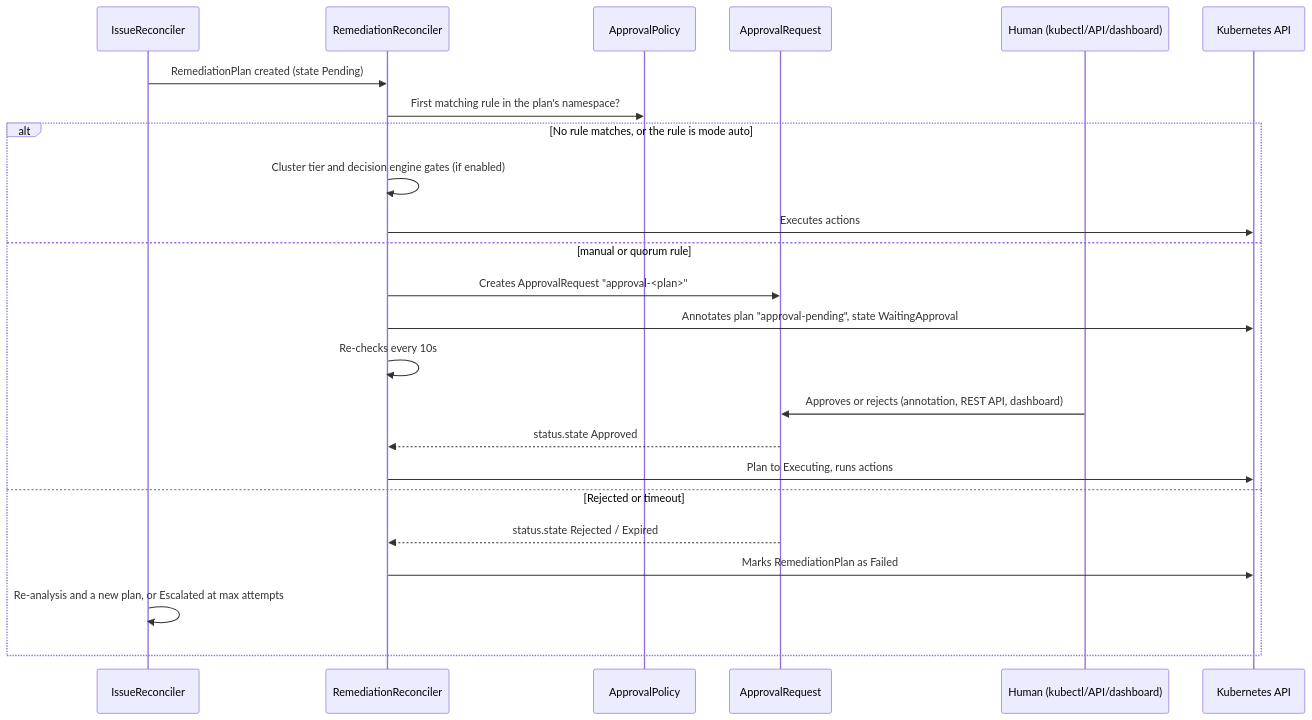
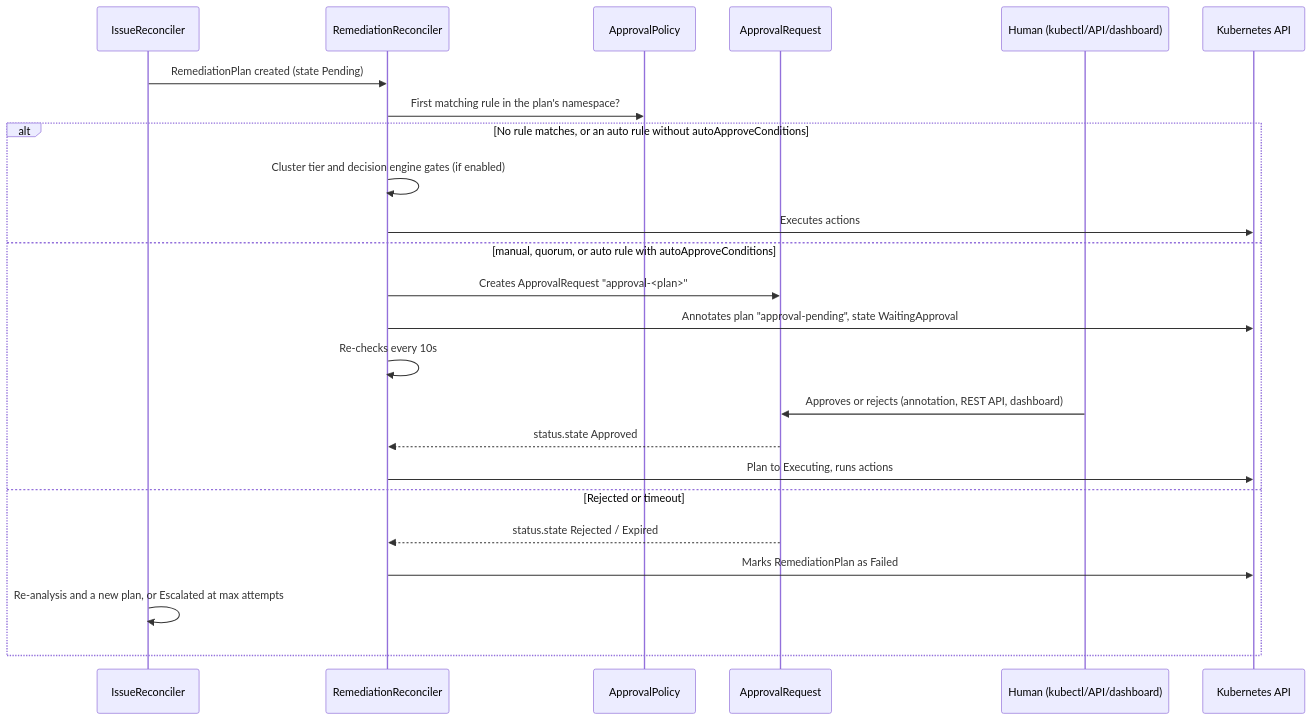
One commit to diillson/chatcli.ai changed the first of 3 diagrams in features/aiops/approval-workflow.mdx. Above: the diagram before and after it, drawn with Mermaid. The commit also changed other lines of this file and 105 other files, not shown here.

````diff
--- a/features/aiops/approval-workflow.mdx
+++ b/features/aiops/approval-workflow.mdx
@@ -32,29 +32,29 @@
 ```mermaid
 sequenceDiagram
     participant IR as IssueReconciler
     participant RR as RemediationReconciler
     participant AP as ApprovalPolicy
     participant AR as ApprovalRequest
     participant H as Human (kubectl/API/dashboard)
     participant K8s as Kubernetes API
 
     IR->>RR: RemediationPlan created (state Pending)
     RR->>AP: First matching rule in the plan's namespace?
 
-    alt No rule matches, or the rule is mode auto
+    alt No rule matches, or an auto rule without autoApproveConditions
         RR->>RR: Cluster tier and decision engine gates (if enabled)
         RR->>K8s: Executes actions
-    else manual or quorum rule
+    else manual, quorum, or auto rule with autoApproveConditions
         RR->>AR: Creates ApprovalRequest "approval-<plan>"
         RR->>K8s: Annotates plan "approval-pending", state WaitingApproval
         RR->>RR: Re-checks every 10s
 
         H->>AR: Approves or rejects (annotation, REST API, dashboard)
         AR-->>RR: status.state Approved
         RR->>K8s: Plan to Executing, runs actions
     else Rejected or timeout
         AR-->>RR: status.state Rejected / Expired
         RR->>K8s: Marks RemediationPlan as Failed
         IR->>IR: Re-analysis and a new plan, or Escalated at max attempts
     end
 ```
````
